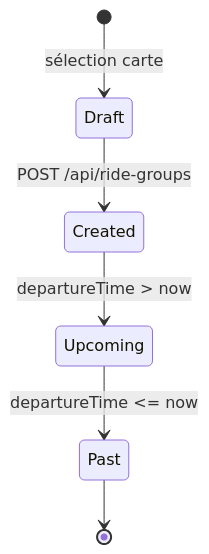
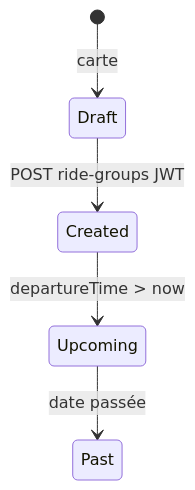
Before and after one commit to AnasMahhou10/Velib-Project: the second of 3 diagrams in docs/00-kickoff-pack/03-domain-model.md, drawn with Mermaid. The commit also changed other lines of this file and 50 other files, not shown here.

First line of the commit message:
feat(auth): JWT login, register and secured API

````diff
--- a/docs/00-kickoff-pack/03-domain-model.md
+++ b/docs/00-kickoff-pack/03-domain-model.md
@@ -39,8 +56,7 @@
 ```mermaid
 stateDiagram-v2
-  [*] --> Draft: sélection carte
-  Draft --> Created: POST /api/ride-groups
+  [*] --> Draft: carte
+  Draft --> Created: POST ride-groups JWT
   Created --> Upcoming: departureTime > now
-  Upcoming --> Past: departureTime <= now
-  Past --> [*]
+  Upcoming --> Past: date passée
 ```
````
